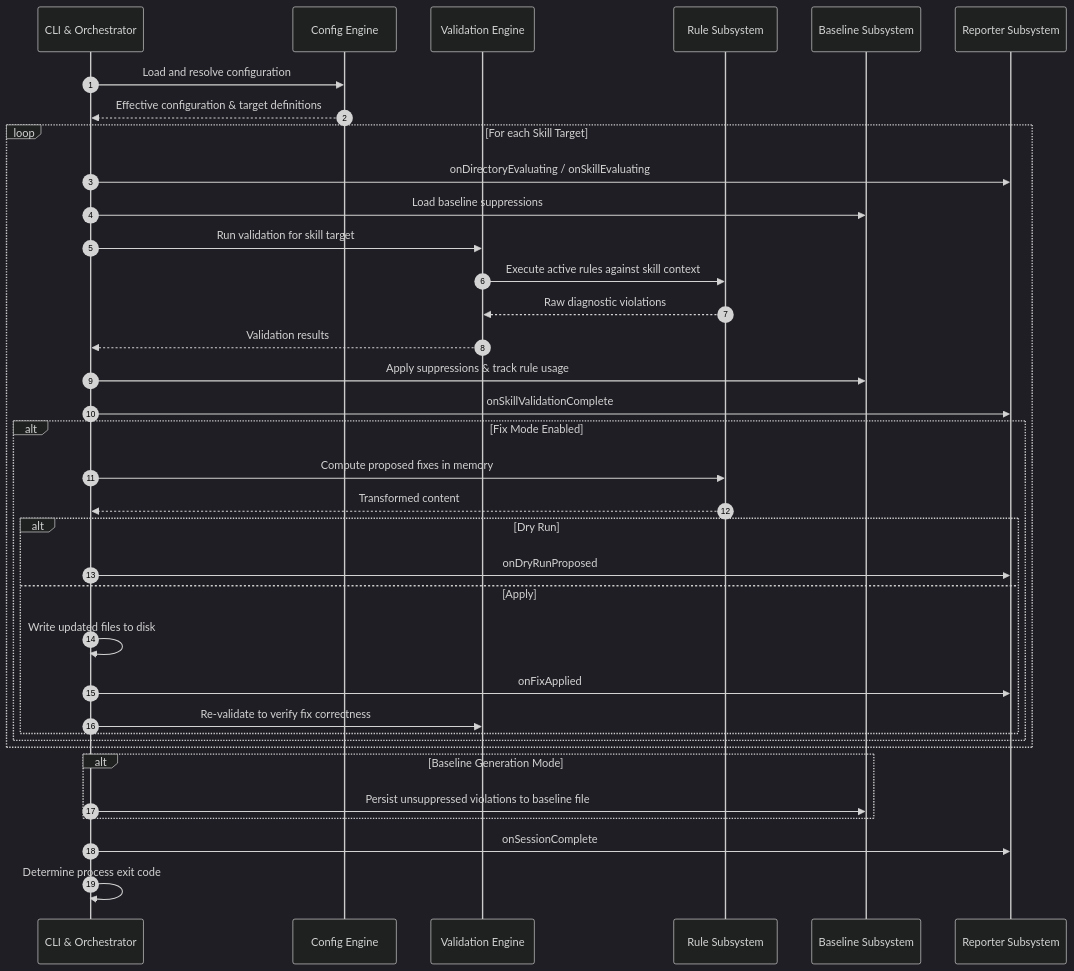
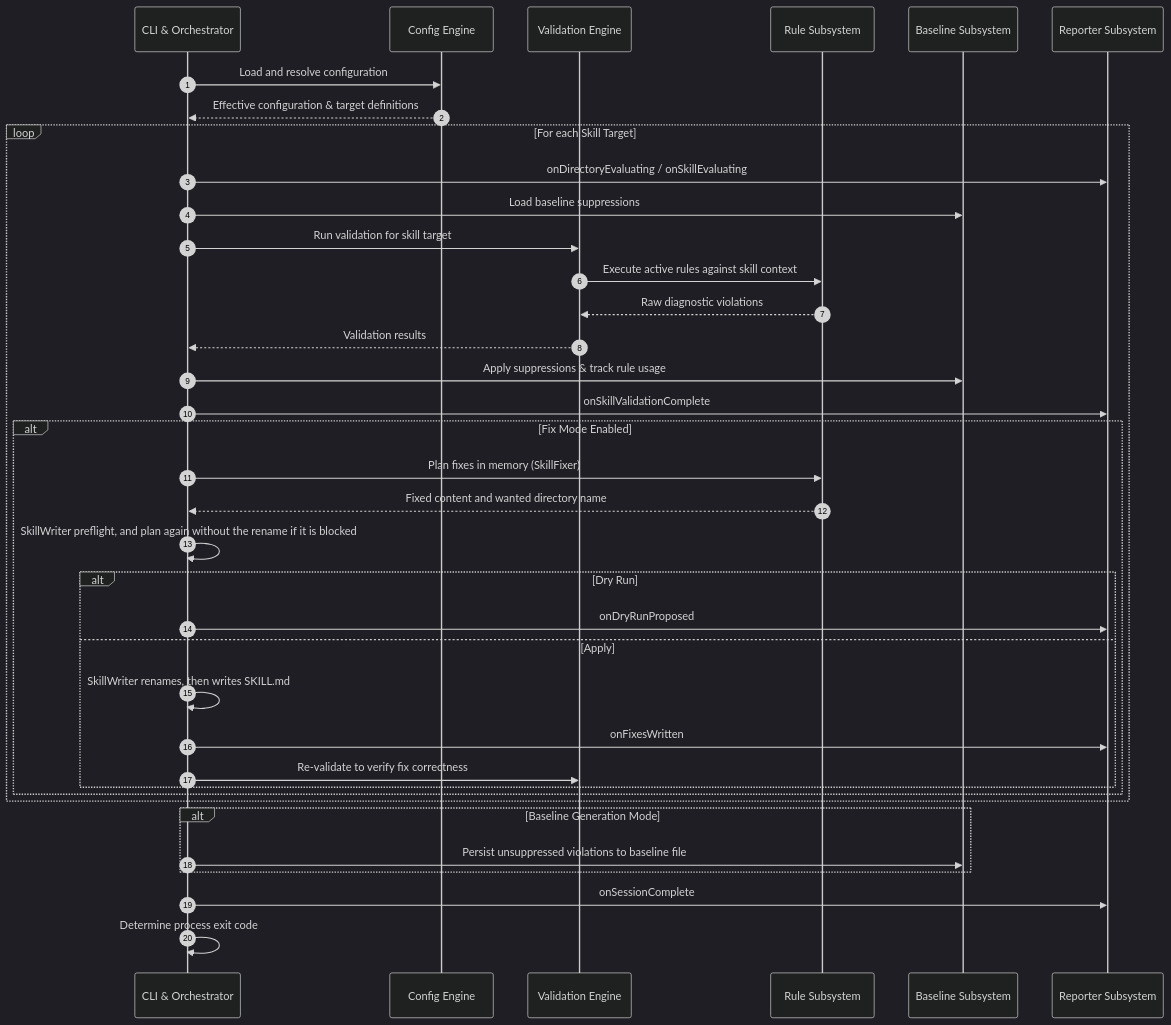
One commit to google/skills_lint.dart changed the diagram in packages/skills_lint/documentation/knowledge/architecture_overview.md. Above: the diagram before and after it, drawn with Mermaid (dark theme). The commit also changed other lines of this file and 10 other files, not shown here.

First line of the commit message:
Address review: drop fixes that need a blocked rename, fail the run on write errors

````diff
--- a/packages/skills_lint/documentation/knowledge/architecture_overview.md
+++ b/packages/skills_lint/documentation/knowledge/architecture_overview.md
@@ -50,43 +51,44 @@
 ```mermaid
 sequenceDiagram
     autonumber
     participant CLI as CLI & Orchestrator
     participant Config as Config Engine
     participant Engine as Validation Engine
     participant Rules as Rule Subsystem
     participant Baseline as Baseline Subsystem
     participant Reporter as Reporter Subsystem
 
     CLI->>Config: Load and resolve configuration
     Config-->>CLI: Effective configuration & target definitions
     
     loop For each Skill Target
         CLI->>Reporter: onDirectoryEvaluating / onSkillEvaluating
         CLI->>Baseline: Load baseline suppressions
         CLI->>Engine: Run validation for skill target
         Engine->>Rules: Execute active rules against skill context
         Rules-->>Engine: Raw diagnostic violations
         Engine-->>CLI: Validation results
         CLI->>Baseline: Apply suppressions & track rule usage
         CLI->>Reporter: onSkillValidationComplete
         
         alt Fix Mode Enabled
-            CLI->>Rules: Compute proposed fixes in memory
-            Rules-->>CLI: Transformed content
+            CLI->>Rules: Plan fixes in memory (SkillFixer)
+            Rules-->>CLI: Fixed content and wanted directory name
+            CLI->>CLI: SkillWriter preflight, and plan again without the rename if it is blocked
             alt Dry Run
                 CLI->>Reporter: onDryRunProposed
             else Apply
-                CLI->>CLI: Write updated files to disk
-                CLI->>Reporter: onFixApplied
+                CLI->>CLI: SkillWriter renames, then writes SKILL.md
+                CLI->>Reporter: onFixesWritten
                 CLI->>Engine: Re-validate to verify fix correctness
             end
         end
     end
 
     alt Baseline Generation Mode
         CLI->>Baseline: Persist unsuppressed violations to baseline file
     end
 
     CLI->>Reporter: onSessionComplete
     CLI->>CLI: Determine process exit code
 ```
````
